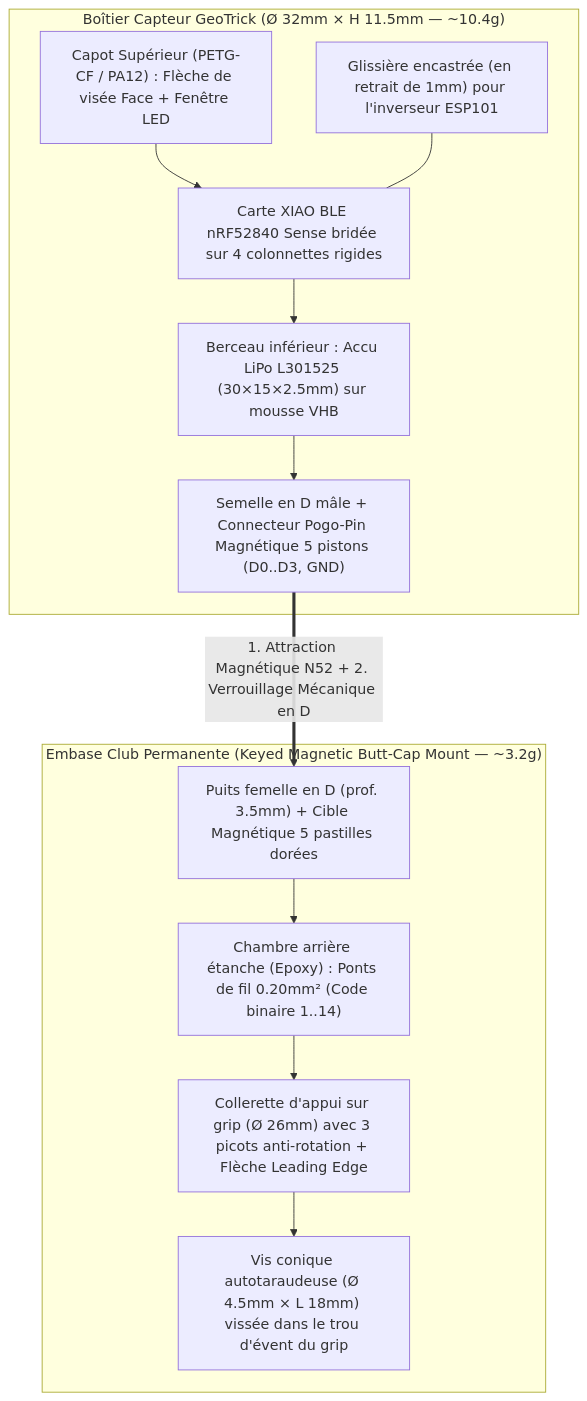
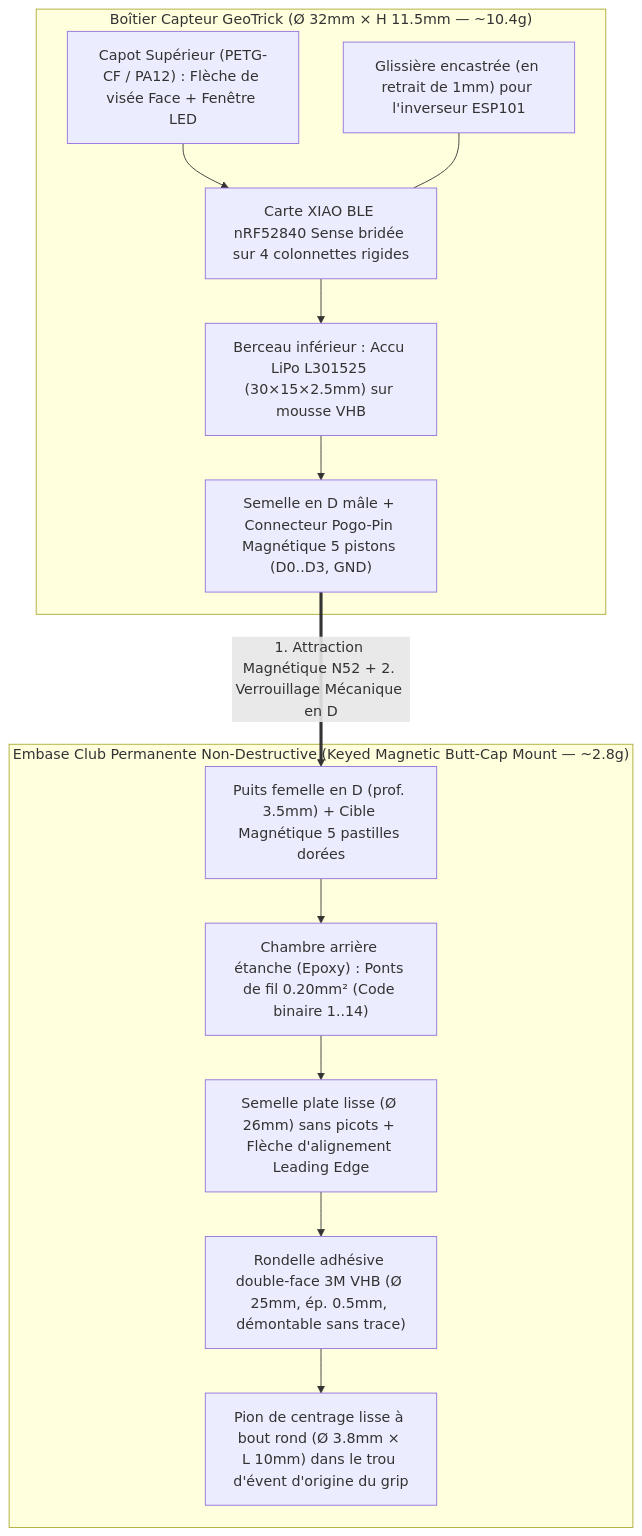
One commit to demanghon/Kinetra changed the first of 2 diagrams in specs/01-hardware-imu-shaft.md. Above: the diagram before and after it, drawn with Mermaid. The commit also changed other lines of this file, not shown here.

Commit message:
docs(specs): replace screw and spikes with non-destructive smooth centering pin and 3M VHB pad

````diff
--- a/specs/01-hardware-imu-shaft.md
+++ b/specs/01-hardware-imu-shaft.md
@@ -37,22 +37,23 @@
 ```mermaid
 flowchart TB
     subgraph Capteur["Boîtier Capteur GeoTrick (Ø 32mm × H 11.5mm — ~10.4g)"]
         TopCap["Capot Supérieur (PETG-CF / PA12) : Flèche de visée Face + Fenêtre LED"]
         XIAO["Carte XIAO BLE nRF52840 Sense bridée sur 4 colonnettes rigides"]
         Switch["Glissière encastrée (en retrait de 1mm) pour l'inverseur ESP101"]
         LiPo["Berceau inférieur : Accu LiPo L301525 (30×15×2.5mm) sur mousse VHB"]
         MalePogo["Semelle en D mâle + Connecteur Pogo-Pin Magnétique 5 pistons (D0..D3, GND)"]
         TopCap --> XIAO --> LiPo --> MalePogo
         Switch --- XIAO
     end
 
-    subgraph Embase["Embase Club Permanente (Keyed Magnetic Butt-Cap Mount — ~3.2g)"]
+    subgraph Embase["Embase Club Permanente Non-Destructive (Keyed Magnetic Butt-Cap Mount — ~2.8g)"]
         FemPogo["Puits femelle en D (prof. 3.5mm) + Cible Magnétique 5 pastilles dorées"]
         SolderPocket["Chambre arrière étanche (Epoxy) : Ponts de fil 0.20mm² (Code binaire 1..14)"]
-        Collar["Collerette d'appui sur grip (Ø 26mm) avec 3 picots anti-rotation + Flèche Leading Edge"]
-        Screw["Vis conique autotaraudeuse (Ø 4.5mm × L 18mm) vissée dans le trou d'évent du grip"]
-        FemPogo --> SolderPocket --> Collar --> Screw
+        Collar["Semelle plate lisse (Ø 26mm) sans picots + Flèche d'alignement Leading Edge"]
+        VHB["Rondelle adhésive double-face 3M VHB (Ø 25mm, ép. 0.5mm, démontable sans trace)"]
+        CenterPin["Pion de centrage lisse à bout rond (Ø 3.8mm × L 10mm) dans le trou d'évent d'origine du grip"]
+        FemPogo --> SolderPocket --> Collar --> VHB --> CenterPin
     end
 
     MalePogo == "1. Attraction Magnétique N52 + 2. Verrouillage Mécanique en D" ==> FemPogo
 ```
````
